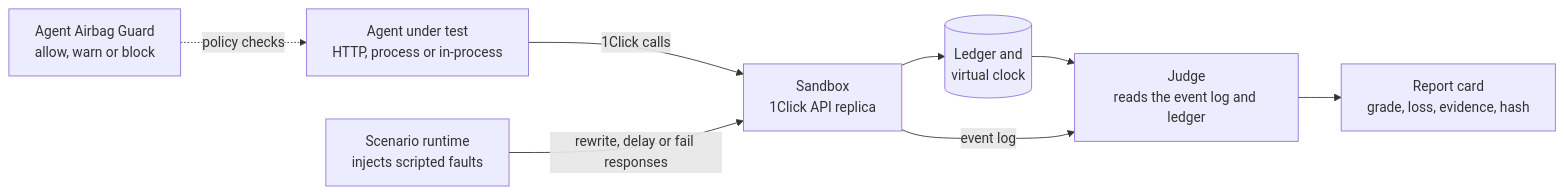
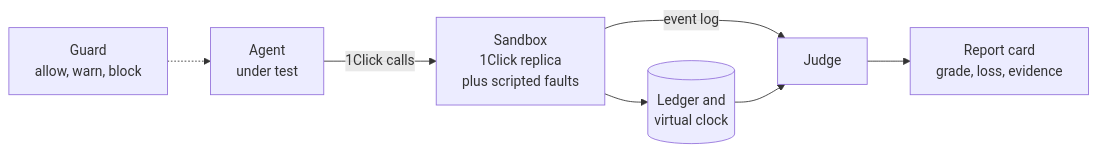
The first of 3 diagrams in README.md (0xmdrakib/AgentAirbag), drawn with Mermaid before and after one commit. The commit also changed 1 other file, not shown here.

Commit message:
docs: simplify the README system diagram

````diff
--- a/README.md
+++ b/README.md
@@ -113,18 +113,9 @@
 ```mermaid
 flowchart LR
-    agent["Agent under test<br/>HTTP, process or in-process"]
-    sandbox["Sandbox<br/>1Click API replica"]
-    faults["Scenario runtime<br/>injects scripted faults"]
-    ledger[("Ledger and<br/>virtual clock")]
-    judge["Judge<br/>reads the event log and ledger"]
-    report["Report card<br/>grade, loss, evidence, hash"]
-    guard["Agent Airbag Guard<br/>allow, warn or block"]
-
-    agent -->|"1Click calls"| sandbox
-    faults -->|"rewrite, delay or fail responses"| sandbox
-    sandbox --> ledger
+    guard["Guard<br/>allow, warn, block"] -.-> agent["Agent<br/>under test"]
+    agent -->|"1Click calls"| sandbox["Sandbox<br/>1Click replica<br/>plus scripted faults"]
+    sandbox --> ledger[("Ledger and<br/>virtual clock")]
+    sandbox -->|"event log"| judge["Judge"]
     ledger --> judge
-    sandbox -->|"event log"| judge
-    judge --> report
-    guard -.->|"policy checks"| agent
+    judge --> report["Report card<br/>grade, loss, evidence"]
 ```
````
